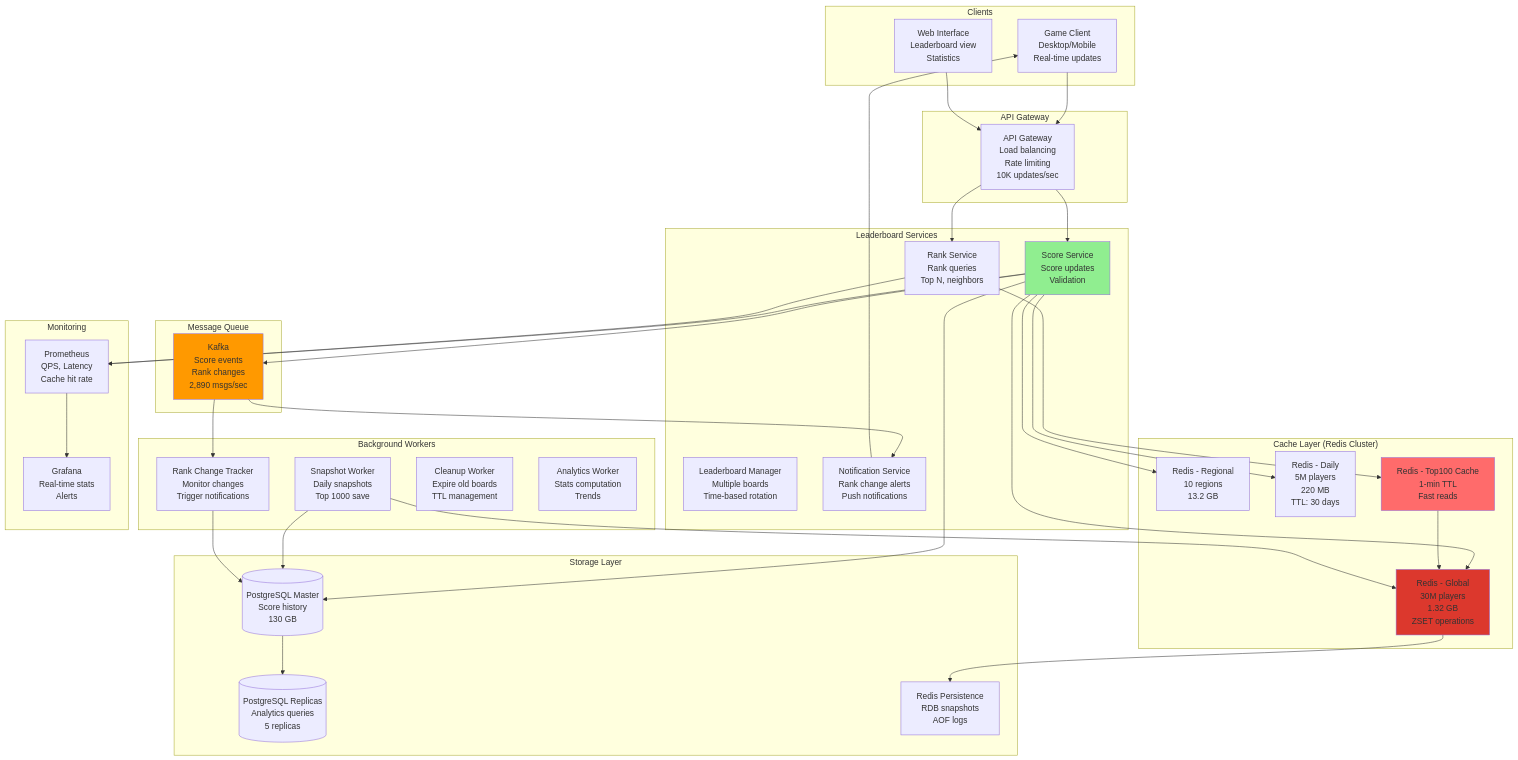
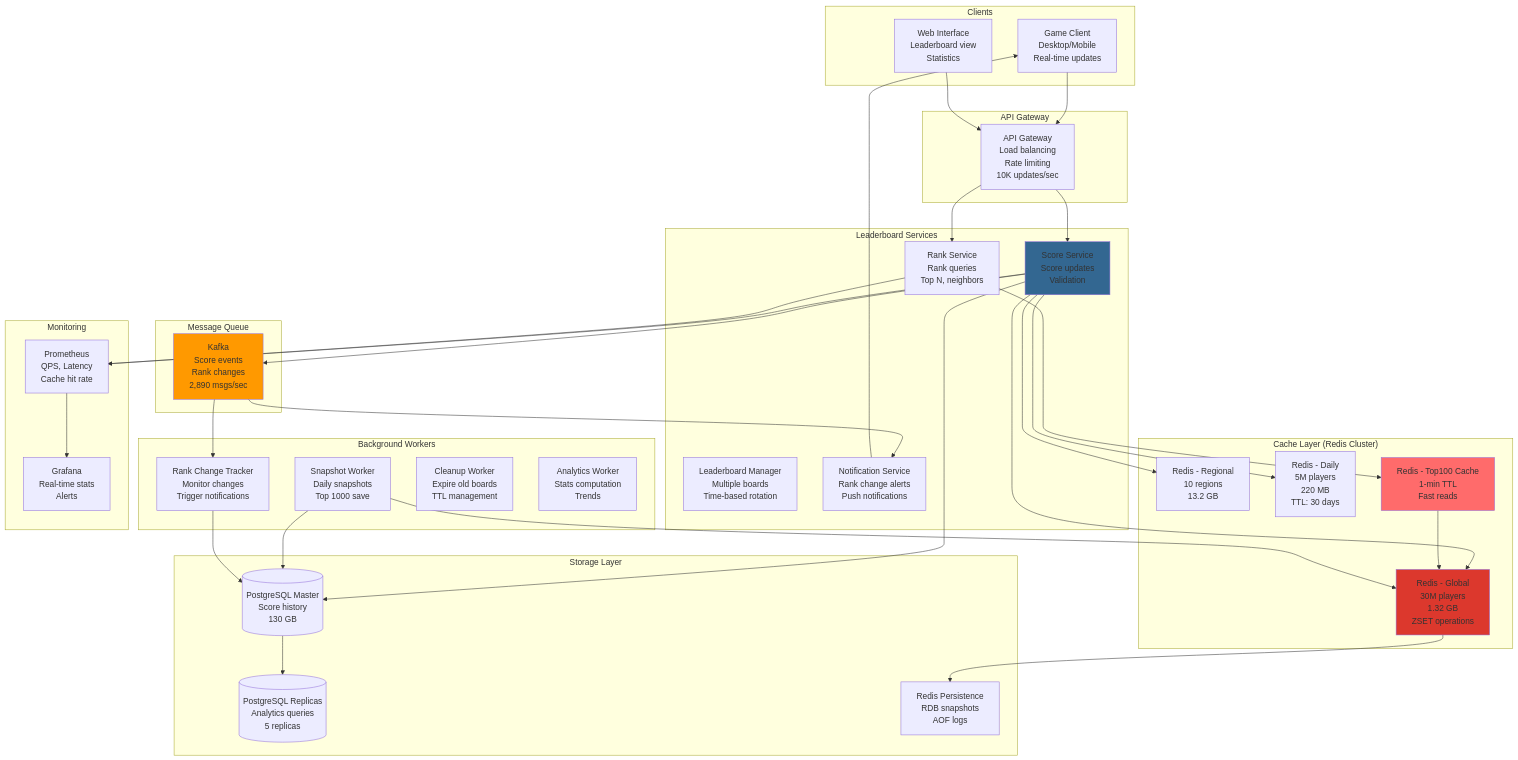
Before and after one commit to atulRanaa/problem-solving: the diagram in Distributed Systems/System Design/Leaderboard System (Gaming) Design.md, drawn with Mermaid. The commit also changed 22 other files, not shown here.

````diff
--- a/Distributed Systems/System Design/Leaderboard System (Gaming) Design.md
+++ b/Distributed Systems/System Design/Leaderboard System (Gaming) Design.md
@@ -583,6 +583,6 @@
     
     style REDIS_GLOBAL fill:#dc382d
     style REDIS_CACHE fill:#ff6b6b
-    style SCORE_SVC fill:#90EE90
+    style SCORE_SVC fill:#336791
     style KAFKA fill:#ff9900
 ```
````
